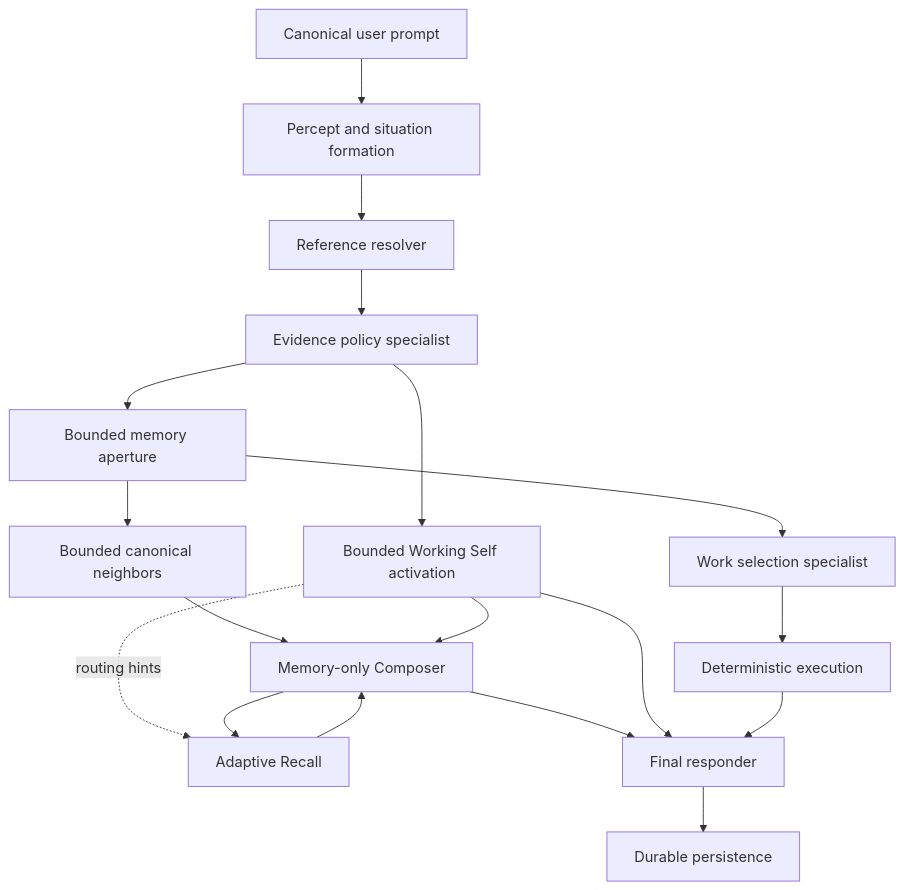
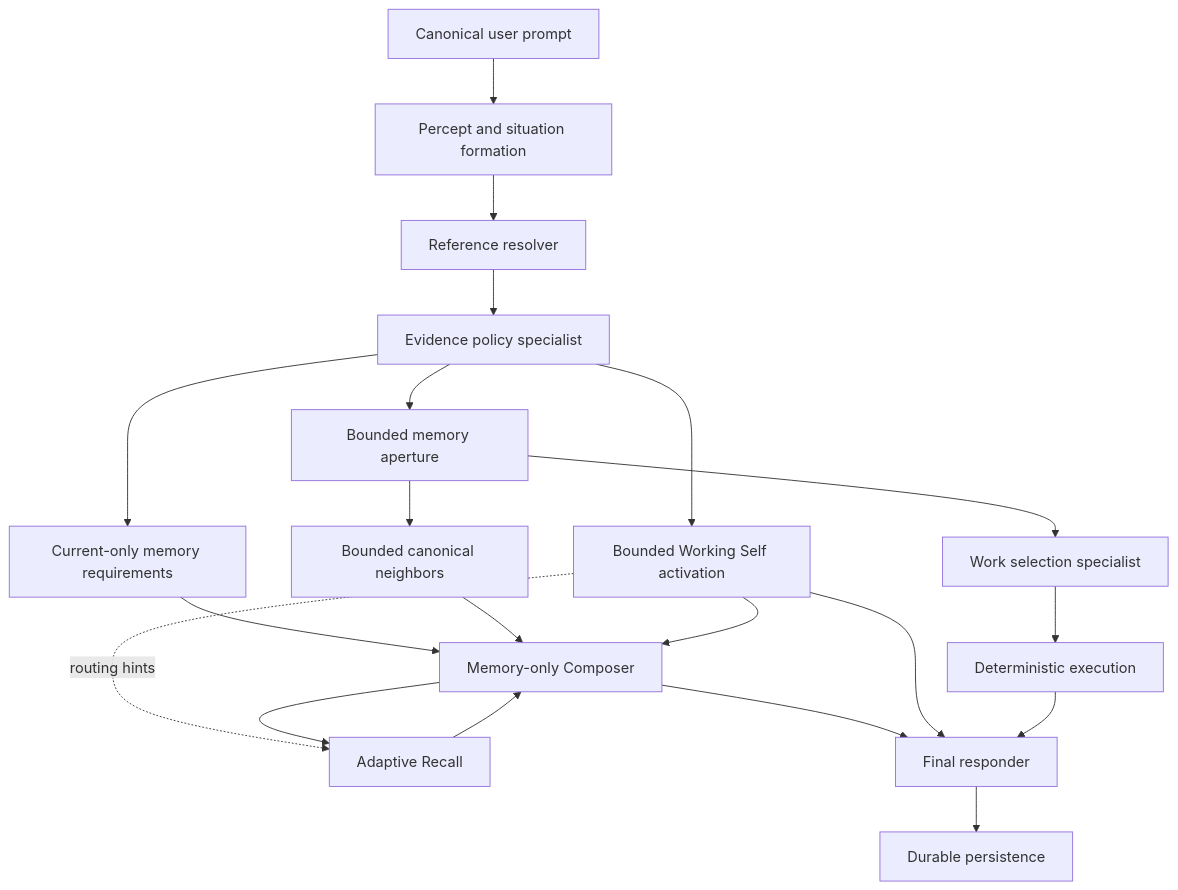
The diagram in docs/architecture/PERCEPT_TO_RESPONSE_PIPELINE.md (wtvr-guy/prometheist), drawn with Mermaid before and after one commit. The commit also changed other lines of this file and 17 other files, not shown here.

First line of the commit message:
Freeze personal-memory requirements before Composer evidence matching

````diff
--- a/docs/architecture/PERCEPT_TO_RESPONSE_PIPELINE.md
+++ b/docs/architecture/PERCEPT_TO_RESPONSE_PIPELINE.md
@@ -32,20 +32,22 @@
 ```mermaid
 flowchart TD
     A[Canonical user prompt] --> B[Percept and situation formation]
     B --> C[Reference resolver]
     C --> D[Evidence policy specialist]
+    D --> R[Current-only memory requirements]
+    R --> H
     D --> E[Bounded memory aperture]
     D --> S[Bounded Working Self activation]
     E --> F[Work selection specialist]
     F --> G[Deterministic execution]
     E --> N[Bounded canonical neighbors]
     N --> H[Memory-only Composer]
     S --> H
     S -. routing hints .-> I[Adaptive Recall]
     H --> I
     I --> H
     H --> J[Final responder]
     S --> J
     G --> J
     J --> K[Durable persistence]
 ```
````
